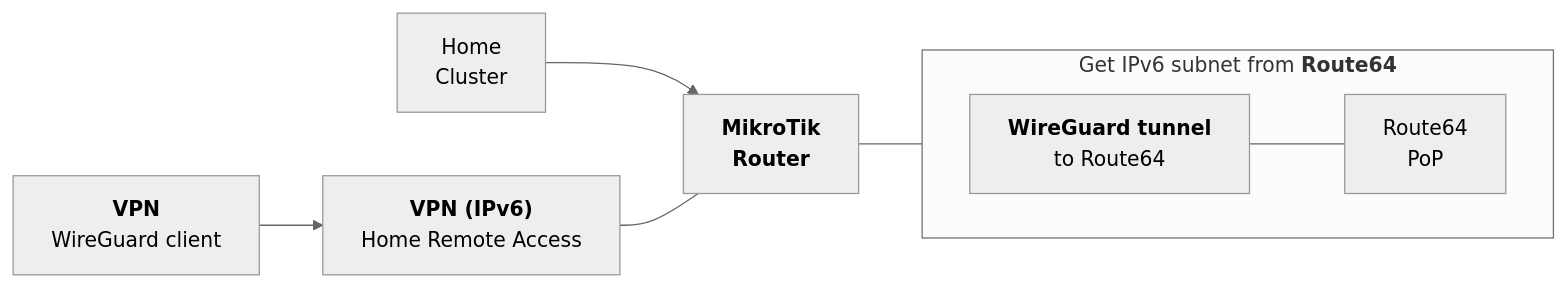
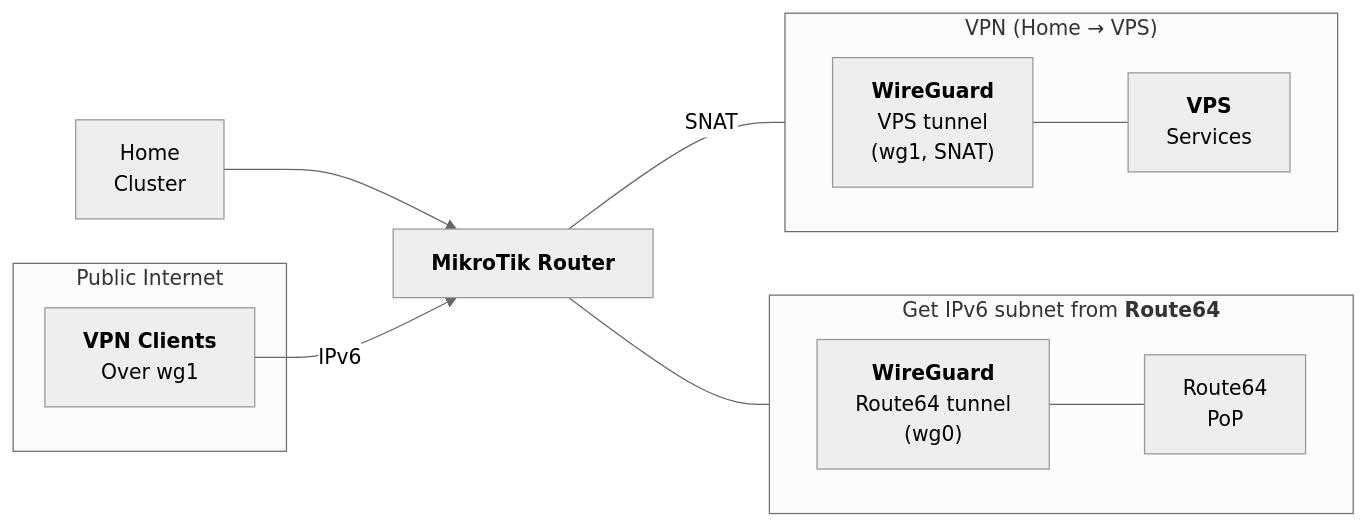
One commit to Schwitzd/IaC-HomeRouter changed the diagram in README.md. Above: the diagram before and after it, drawn with Mermaid (neutral theme). The commit also changed other lines of this file and 7 other files, not shown here.

````diff
--- a/README.md
+++ b/README.md
@@ -233,15 +234,31 @@
 ```mermaid
 graph LR
-    LAN[Home<br/>Cluster] --> Mikrotik["<b>MikroTik<br/>Router</b>"]
+    %% Internet side
+    subgraph Internet["Public Internet"]
+        Client["<b>VPN Clients</b><br/>Over wg1"]
+    end
 
-    subgraph Route64Box["Get IPv6 subnet from <b>Route64<b>"]
-        direction LR
-        WGup["<b>WireGuard tunnel</b><br/>to Route64"]
-        Route64["Route64<br/>PoP"]
-        WGup --- Route64
-    end
+    %% Home side
+    LAN[Home<br/>Cluster] --> MT["<b>MikroTik Router</b>"]
 
-    Mikrotik --- WGup
+    %% Underlay
+    subgraph Underlay["Get IPv6 subnet from <b>Route64<b>"]
+        direction LR
+        WG_R64["<b>WireGuard</b><br/>Route64 tunnel<br/>(wg0)"]
+        R64["Route64<br/>PoP"]
+        WG_R64 --- R64
+    end
 
-    Client["<b>VPN</b><br/>WireGuard client"] --> Tunnel2["<b>VPN (IPv6)</b><br />Home Remote Access"] --- Mikrotik
+    %% Overlay
+    subgraph Overlay["VPN (Home → VPS)"]
+        direction LR
+        WG_HOME["<b>WireGuard</b><br>VPS tunnel<br/>(wg1, SNAT)"]
+        VPS["<b>VPS</b><br/>Services"]
+        WG_HOME --- VPS
+    end
+
+    %% Links
+    Client -->|IPv6| MT
+    MT --- WG_R64
+    MT ---|SNAT| WG_HOME
 ```
````
